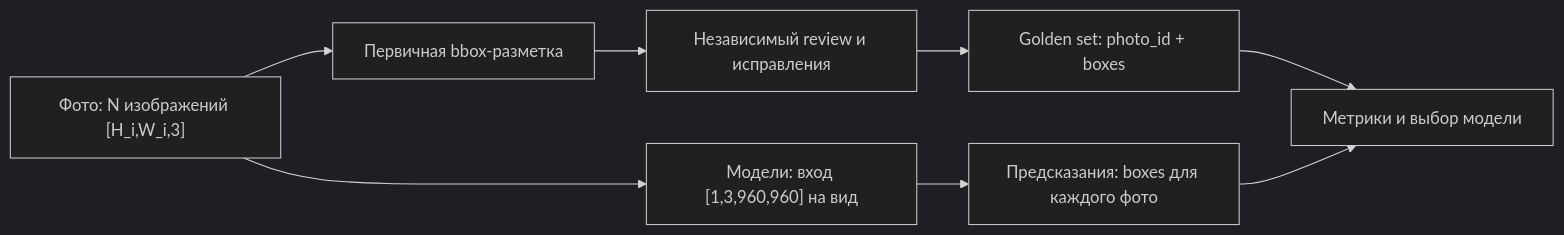
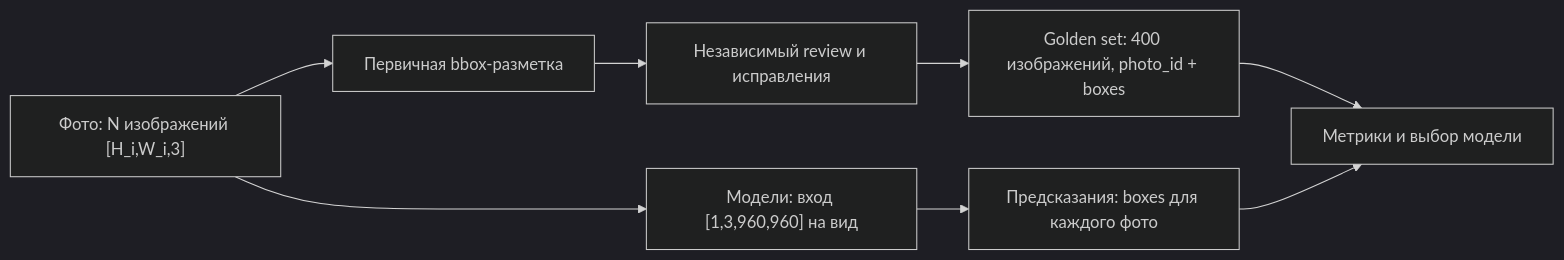
Before and after one commit to Mikhail356/butterfly-detection: the diagram in README.md, drawn with Mermaid (dark theme). The commit also changed other lines of this file, not shown here.

Commit message:
Trim README and define the 400-image golden set

````diff
--- a/README.md
+++ b/README.md
@@ -133,10 +63,10 @@
 ```mermaid
 flowchart LR
     P["Фото: N изображений [H_i,W_i,3]"] --> B["Первичная bbox-разметка"]
     B --> R["Независимый review и исправления"]
-    R --> G["Golden set: photo_id + boxes"]
+    R --> G["Golden set: 400 изображений, photo_id + boxes"]
     P --> M["Модели: вход [1,3,960,960] на вид"]
     M --> O["Предсказания: boxes для каждого фото"]
     G --> E["Метрики и выбор модели"]
     O --> E
 ```
````
